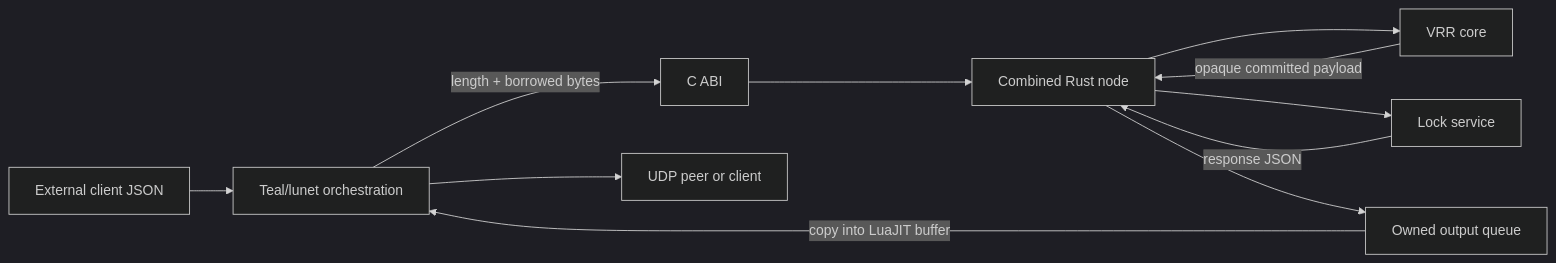
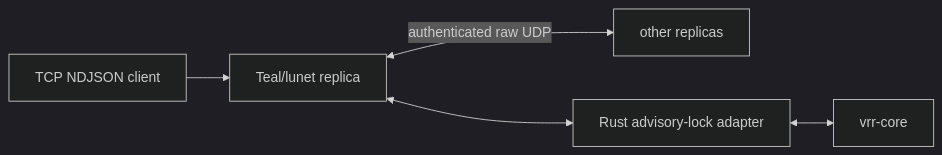
Before and after one commit to lua-lunet/lunet-locks: the diagram in docs/src/architecture.md, drawn with Mermaid (dark theme). The commit also changed other lines of this file and 66 other files, not shown here.

First line of the commit message:
wip: cut over advisory locks to vrr-core

````diff
--- a/docs/src/architecture.md
+++ b/docs/src/architecture.md
@@ -14,13 +5,7 @@
 ```mermaid
 flowchart LR
-    Client[External client JSON] --> Teal[Teal/lunet orchestration]
-    Teal -->|length + borrowed bytes| ABI[C ABI]
-    ABI --> Facade[Combined Rust node]
-    Facade --> Core[VRR core]
-    Facade --> Locks[Lock service]
-    Core -->|opaque committed payload| Facade
-    Locks -->|response JSON| Facade
-    Facade --> Queue[Owned output queue]
-    Queue -->|copy into LuaJIT buffer| Teal
-    Teal --> Peer[UDP peer or client]
+    Client[TCP NDJSON client] --> Replica[Teal/lunet replica]
+    Replica <-->|authenticated raw UDP| Peers[other replicas]
+    Replica <--> Adapter[Rust advisory-lock adapter]
+    Adapter <--> Core[vrr-core]
 ```
````
